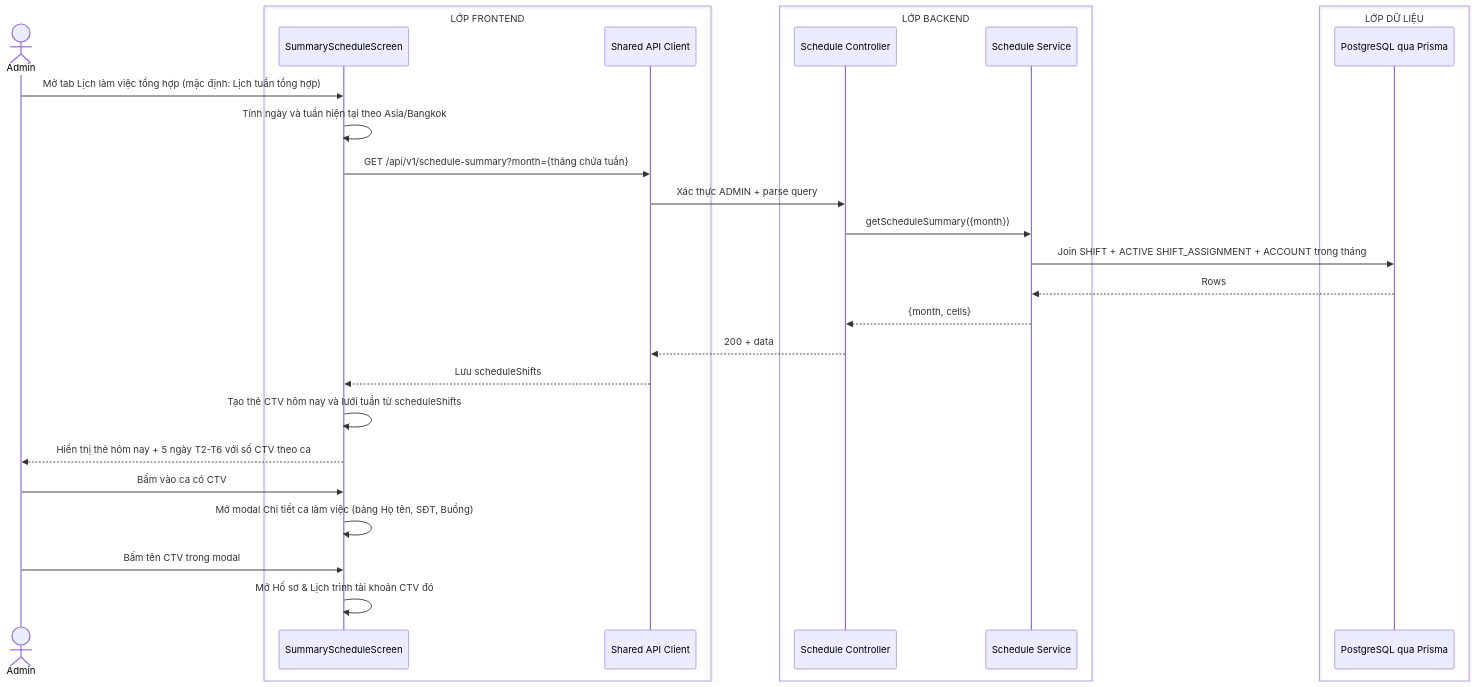
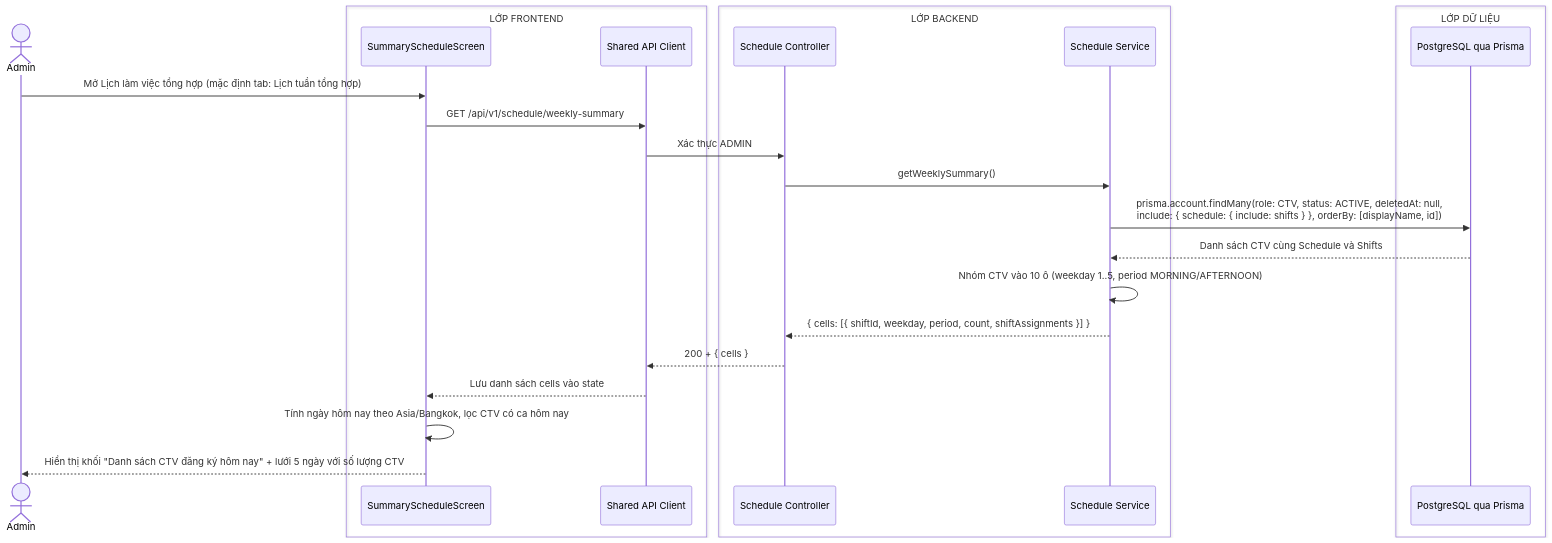
The first of 3 diagrams in docs/sequence-diagrams/07-xem-lich-lam-viec-tong-hop.md (MINHDZVODICH/ctv-manage), drawn with Mermaid before and after one commit. The commit also changed other lines of this file and 12 other files, not shown here.

````diff
--- a/docs/sequence-diagrams/07-xem-lich-lam-viec-tong-hop.md
+++ b/docs/sequence-diagrams/07-xem-lich-lam-viec-tong-hop.md
@@ -15,33 +17,28 @@
 ```mermaid
 sequenceDiagram
     actor A as Admin
     box LỚP FRONTEND
         participant UI as SummaryScheduleScreen
         participant API as Shared API Client
     end
     box LỚP BACKEND
         participant C as Schedule Controller
         participant S as Schedule Service
     end
     box LỚP DỮ LIỆU
         participant DB as PostgreSQL qua Prisma
     end
 
-    A->>UI: Mở tab Lịch làm việc tổng hợp (mặc định: Lịch tuần tổng hợp)
-    UI->>UI: Tính ngày và tuần hiện tại theo Asia/Bangkok
-    UI->>API: GET /api/v1/schedule-summary?month={tháng chứa tuần}
-    API->>C: Xác thực ADMIN + parse query
-    C->>S: getScheduleSummary({month})
-    S->>DB: Join SHIFT + ACTIVE SHIFT_ASSIGNMENT + ACCOUNT trong tháng
-    DB-->>S: Rows
-    S-->>C: {month, cells}
-    C-->>API: 200 + data
-    API-->>UI: Lưu scheduleShifts
-    UI->>UI: Tạo thẻ CTV hôm nay và lưới tuần từ scheduleShifts
-    UI-->>A: Hiển thị thẻ hôm nay + 5 ngày T2-T6 với số CTV theo ca
-
-    A->>UI: Bấm vào ca có CTV
-    UI->>UI: Mở modal Chi tiết ca làm việc (bảng Họ tên, SĐT, Buồng)
-    A->>UI: Bấm tên CTV trong modal
-    UI->>UI: Mở Hồ sơ & Lịch trình tài khoản CTV đó
+    A->>UI: Mở Lịch làm việc tổng hợp (mặc định tab: Lịch tuần tổng hợp)
+    UI->>API: GET /api/v1/schedule/weekly-summary
+    API->>C: Xác thực ADMIN
+    C->>S: getWeeklySummary()
+    S->>DB: prisma.account.findMany(role: CTV, status: ACTIVE, deletedAt: null,<br/>include: { schedule: { include: shifts } }, orderBy: [displayName, id])
+    DB-->>S: Danh sách CTV cùng Schedule và Shifts
+    S->>S: Nhóm CTV vào 10 ô (weekday 1..5, period MORNING/AFTERNOON)
+    S-->>C: { cells: [{ shiftId, weekday, period, count, shiftAssignments }] }
+    C-->>API: 200 + { cells }
+    API-->>UI: Lưu danh sách cells vào state
+    UI->>UI: Tính ngày hôm nay theo Asia/Bangkok, lọc CTV có ca hôm nay
+    UI-->>A: Hiển thị khối "Danh sách CTV đăng ký hôm nay" + lưới 5 ngày với số lượng CTV
 ```
````
